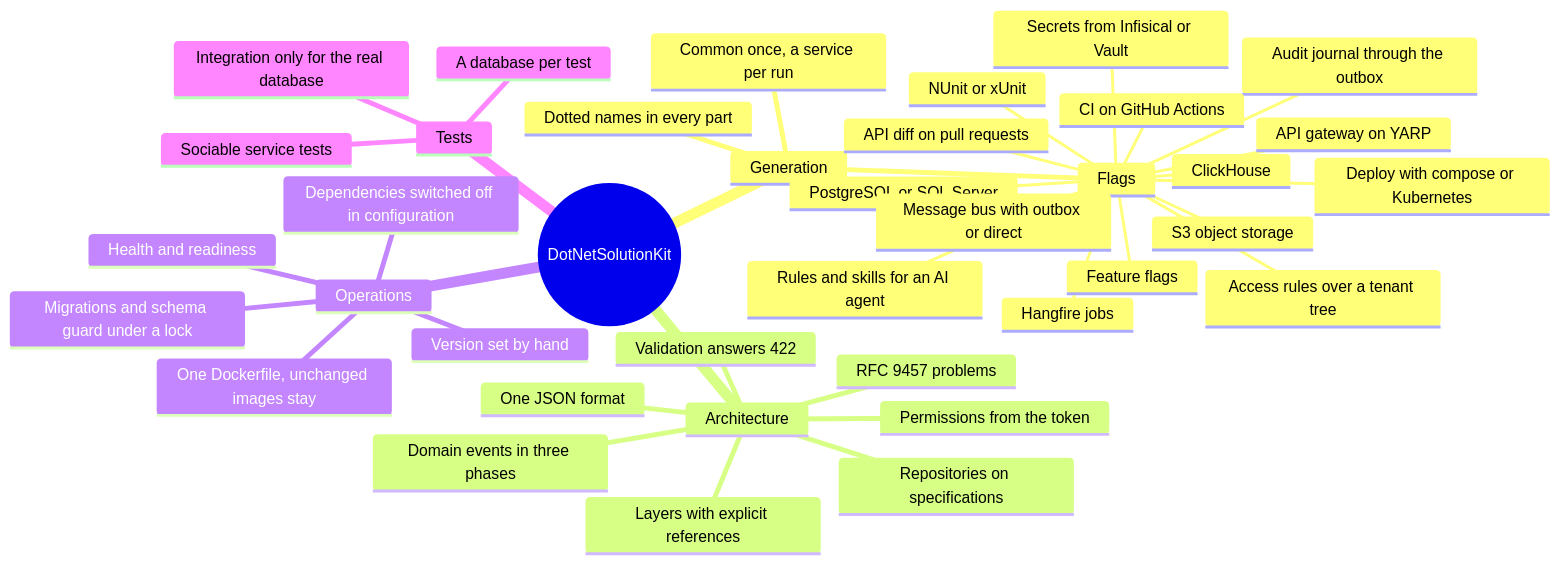
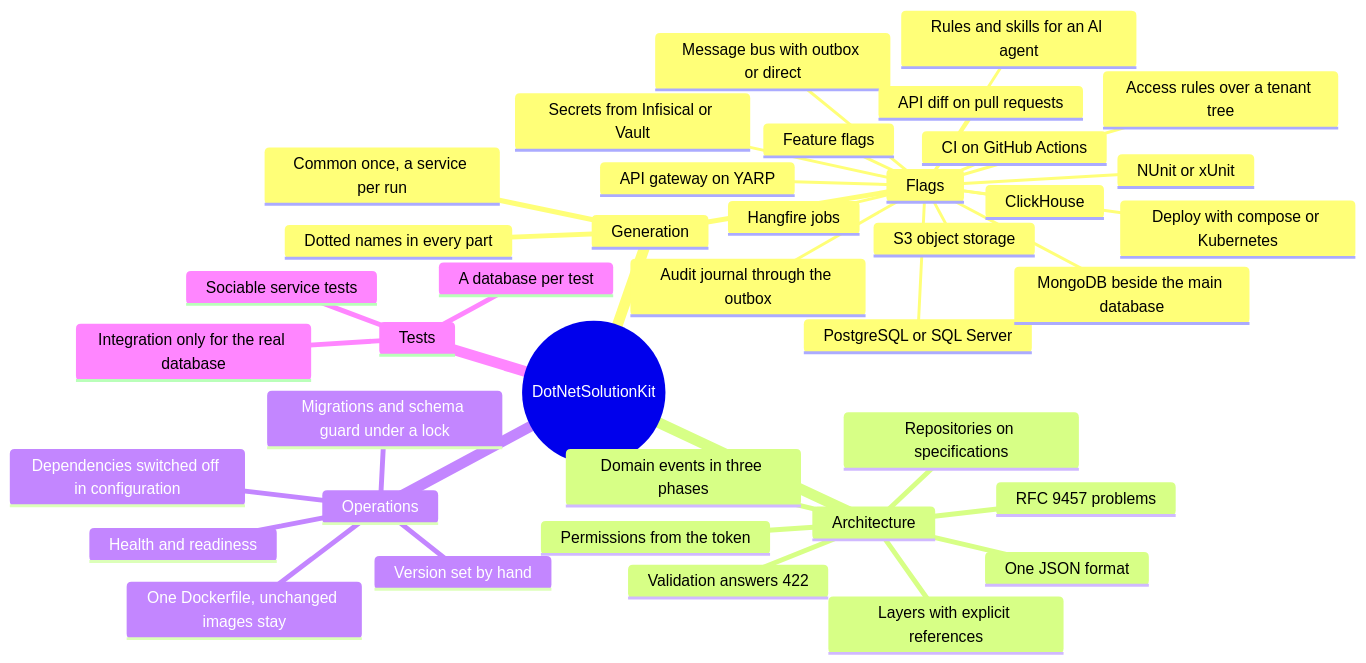
The diagram in docs/README.md (Vovanda/DotNetSolutionKit), drawn with Mermaid before and after one commit. The commit also changed other lines of this file and 43 other files, not shown here.

````diff
--- a/docs/README.md
+++ b/docs/README.md
@@ -5,41 +5,42 @@
 ```mermaid
 mindmap
   root((DotNetSolutionKit))
     Generation
       Common once, a service per run
       Dotted names in every part
       Flags
         PostgreSQL or SQL Server
         Hangfire jobs
         Message bus with outbox or direct
         Secrets from Infisical or Vault
         S3 object storage
         ClickHouse
+        MongoDB beside the main database
         Audit journal through the outbox
         Feature flags
         API diff on pull requests
         Access rules over a tenant tree
         API gateway on YARP
         CI on GitHub Actions
         Deploy with compose or Kubernetes
         NUnit or xUnit
         Rules and skills for an AI agent
     Architecture
       Layers with explicit references
       Domain events in three phases
       Repositories on specifications
       RFC 9457 problems
       Validation answers 422
       Permissions from the token
       One JSON format
     Operations
       One Dockerfile, unchanged images stay
       Health and readiness
       Migrations and schema guard under a lock
       Dependencies switched off in configuration
       Version set by hand
     Tests
       Sociable service tests
       A database per test
       Integration only for the real database
 ```
````
